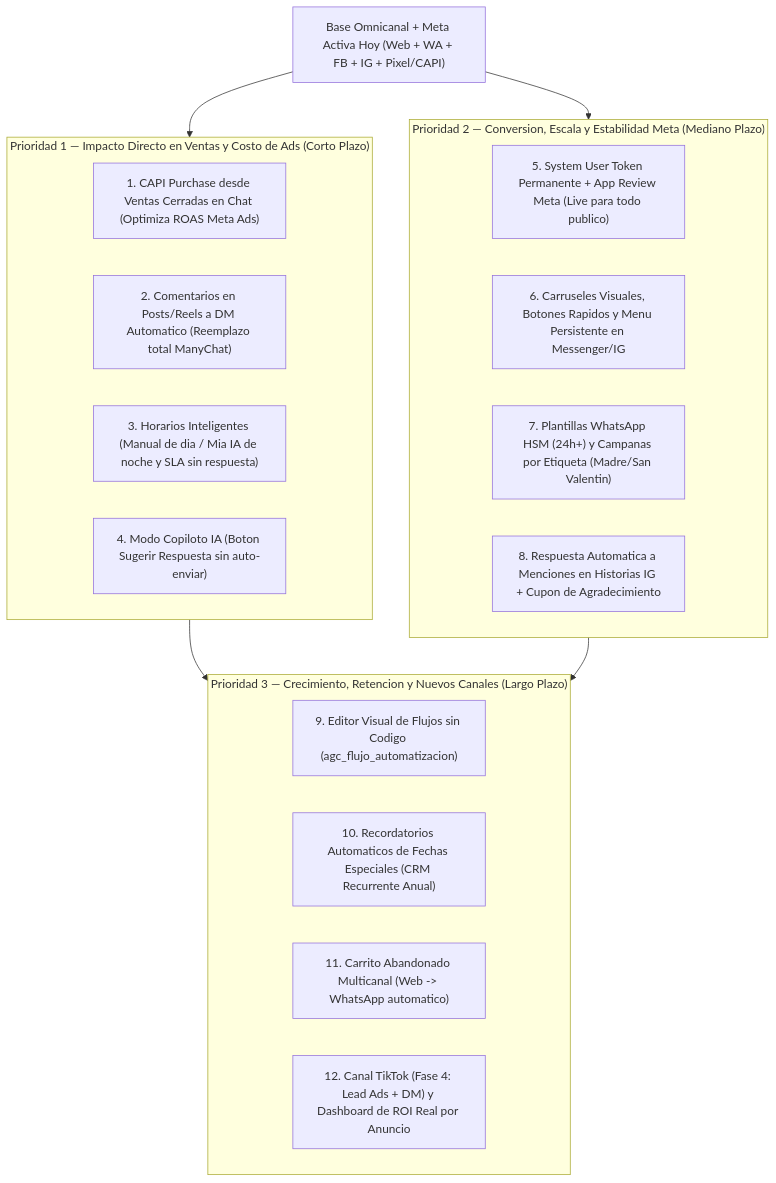
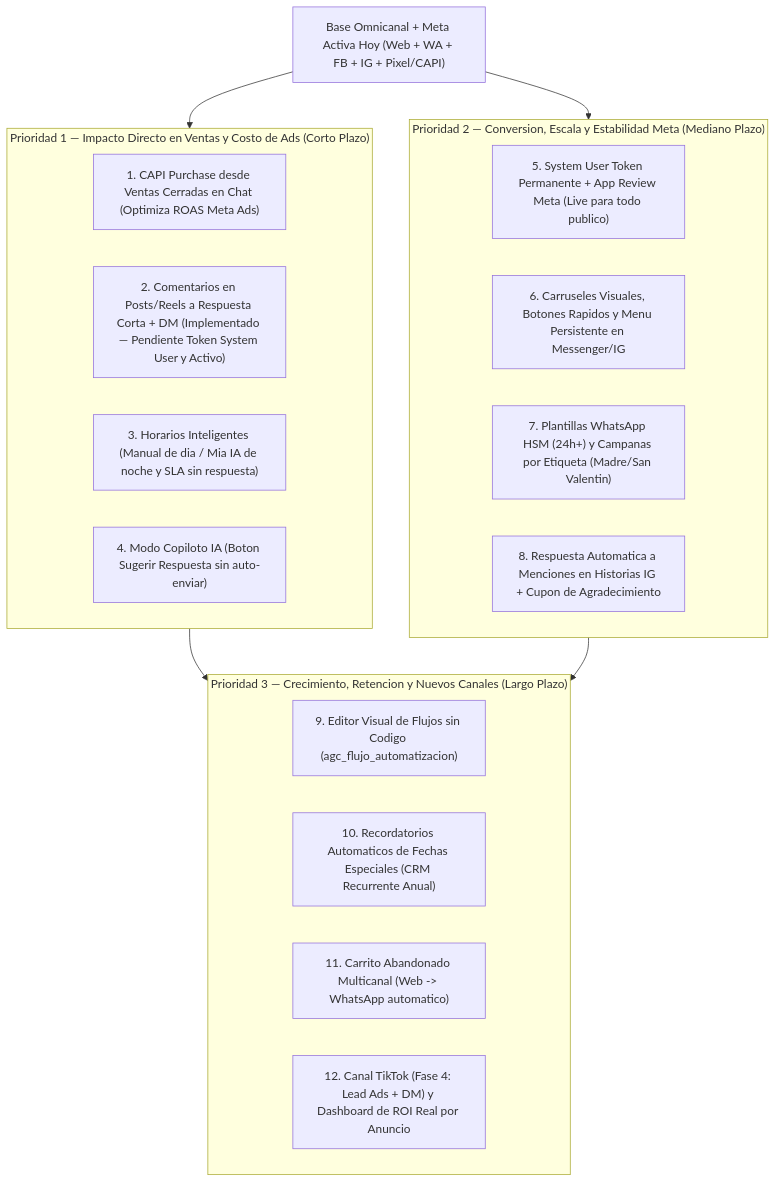
Before and after one commit to klebertoapantadev/ecosistema: the fourth of 4 diagrams in gobernanza/productos/plataforma/mapa-omnicanal-meta-y-hoja-de-ruta.md, drawn with Mermaid. The commit also changed other lines of this file and 6 other files, not shown here.

````diff
--- a/gobernanza/productos/plataforma/mapa-omnicanal-meta-y-hoja-de-ruta.md
+++ b/gobernanza/productos/plataforma/mapa-omnicanal-meta-y-hoja-de-ruta.md
@@ -175,30 +175,30 @@
 ```mermaid
 flowchart TD
     BASE["Base Omnicanal + Meta Activa Hoy (Web + WA + FB + IG + Pixel/CAPI)"]
 
     subgraph P1["Prioridad 1 — Impacto Directo en Ventas y Costo de Ads (Corto Plazo)"]
         F1["1. CAPI Purchase desde Ventas Cerradas en Chat (Optimiza ROAS Meta Ads)"]
-        F2["2. Comentarios en Posts/Reels a DM Automatico (Reemplazo total ManyChat)"]
+        F2["2. Comentarios en Posts/Reels a Respuesta Corta + DM (Implementado — Pendiente Token System User y Activo)"]
         F3["3. Horarios Inteligentes (Manual de dia / Mia IA de noche y SLA sin respuesta)"]
         F4["4. Modo Copiloto IA (Boton Sugerir Respuesta sin auto-enviar)"]
     end
 
     subgraph P2["Prioridad 2 — Conversion, Escala y Estabilidad Meta (Mediano Plazo)"]
         F5["5. System User Token Permanente + App Review Meta (Live para todo publico)"]
         F6["6. Carruseles Visuales, Botones Rapidos y Menu Persistente en Messenger/IG"]
         F7["7. Plantillas WhatsApp HSM (24h+) y Campanas por Etiqueta (Madre/San Valentin)"]
         F8["8. Respuesta Automatica a Menciones en Historias IG + Cupon de Agradecimiento"]
     end
 
     subgraph P3["Prioridad 3 — Crecimiento, Retencion y Nuevos Canales (Largo Plazo)"]
         F9["9. Editor Visual de Flujos sin Codigo (agc_flujo_automatizacion)"]
         F10["10. Recordatorios Automaticos de Fechas Especiales (CRM Recurrente Anual)"]
         F11["11. Carrito Abandonado Multicanal (Web -> WhatsApp automatico)"]
         F12["12. Canal TikTok (Fase 4: Lead Ads + DM) y Dashboard de ROI Real por Anuncio"]
     end
 
     BASE --> P1
     BASE --> P2
     P1 --> P3
     P2 --> P3
 ```
````
